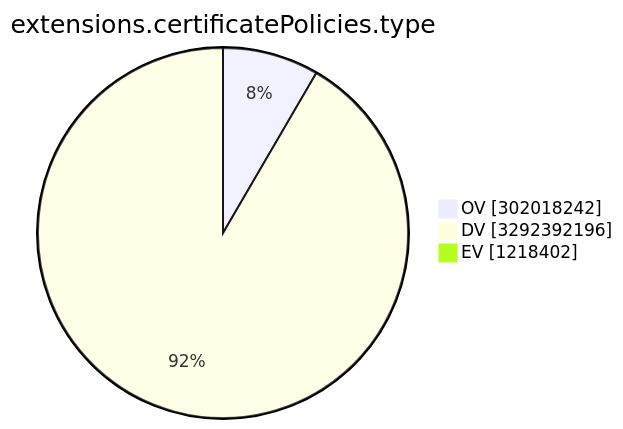
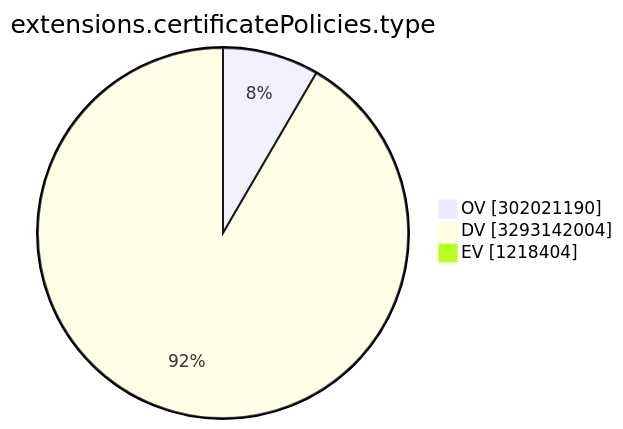
One commit to christiankrug/ctmonitor_visualization changed the ninth of 15 diagrams in TOTAL/README.md. Above: the diagram before and after it, drawn with Mermaid. The commit also changed other lines of this file, not shown here.

````diff
--- a/TOTAL/README.md
+++ b/TOTAL/README.md
@@ -3107,7 +3107,7 @@
 ```mermaid
 pie showData
 title extensions.certificatePolicies.type
-"OV" :302018242
-"DV" :3292392196
-"EV" :1218402
+"OV" :302021190
+"DV" :3293142004
+"EV" :1218404
 ```
````
